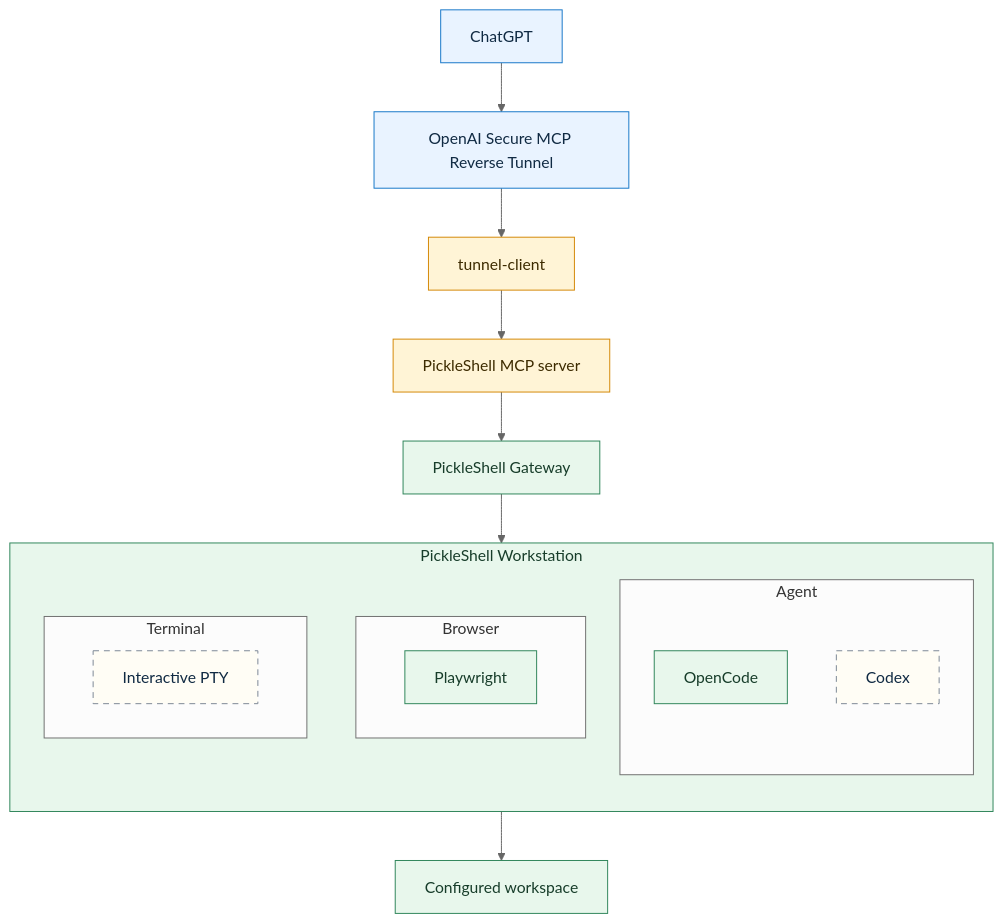
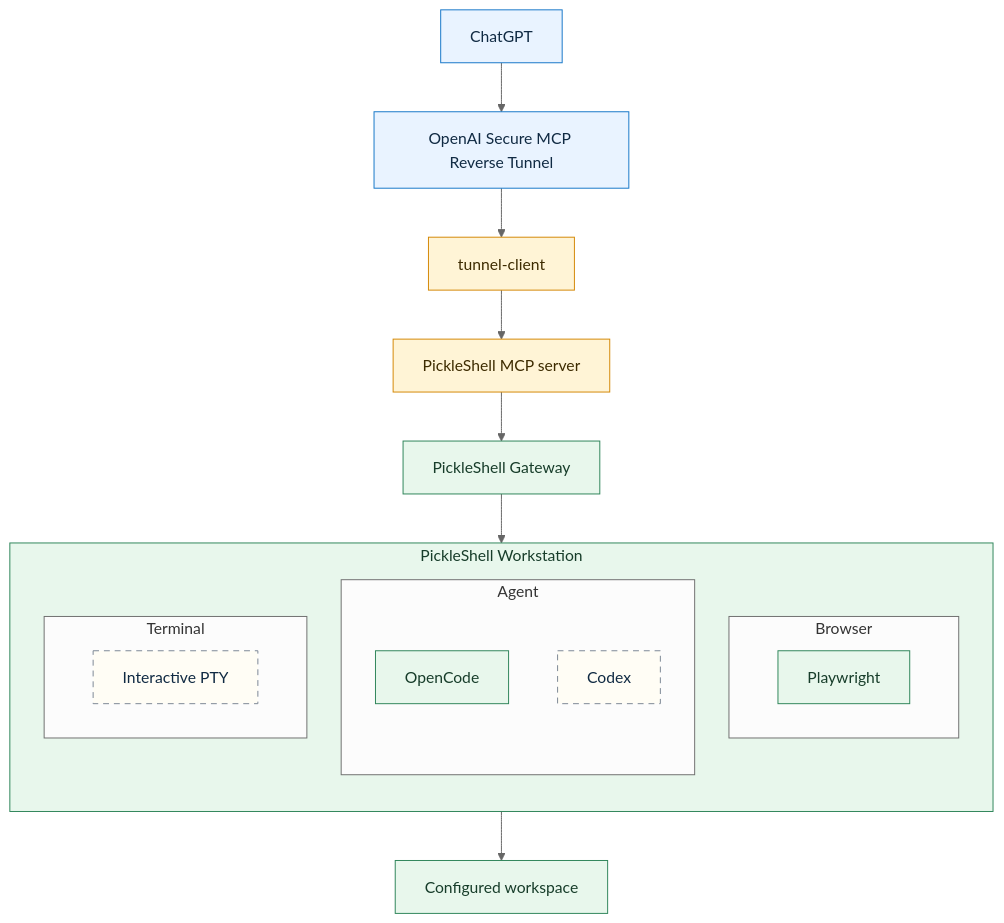
Before and after one commit to pickleshell/pickleshell: the first of 2 diagrams in README.md, drawn with Mermaid (neutral theme). The commit also changed other lines of this file, not shown here.

Commit message:
docs: reorder workstation services in architecture diagram

````diff
--- a/README.md
+++ b/README.md
@@ -102,33 +102,33 @@
 ```mermaid
 flowchart TD
     A["ChatGPT"] --> B["OpenAI Secure MCP Reverse Tunnel"]
     B --> C["tunnel-client"]
     C --> D["PickleShell MCP server"]
     D --> E["PickleShell Gateway"]
 
     subgraph SVC["PickleShell Workstation"]
         direction TB
+        subgraph SVCB["Browser"]
+            PW["Playwright"]:::impl
+        end
         subgraph SVCA["Agent"]
             OC["OpenCode"]:::impl
             CX["Codex"]:::planned
-        end
-        subgraph SVCB["Browser"]
-            PW["Playwright"]:::impl
         end
         subgraph SVCT["Terminal"]
             TTY["Interactive PTY"]:::planned
         end
     end
 
     E --> SVC
     OC --> WS["Configured workspace"]
 
     classDef cloud fill:#e9f3ff,stroke:#1677c8,color:#102a43
     classDef bridge fill:#fff4d6,stroke:#d48806,color:#3d2b00
     classDef local fill:#e8f7ec,stroke:#2f855a,color:#173d2a
     classDef impl fill:#e8f7ec,stroke:#2f855a,color:#173d2a
     classDef planned fill:#fffdf5,stroke:#7b8794,color:#102a43,stroke-dasharray: 6 5
     class A,B cloud
     class C,D bridge
     class E,SVC,WS local
 ```
````
